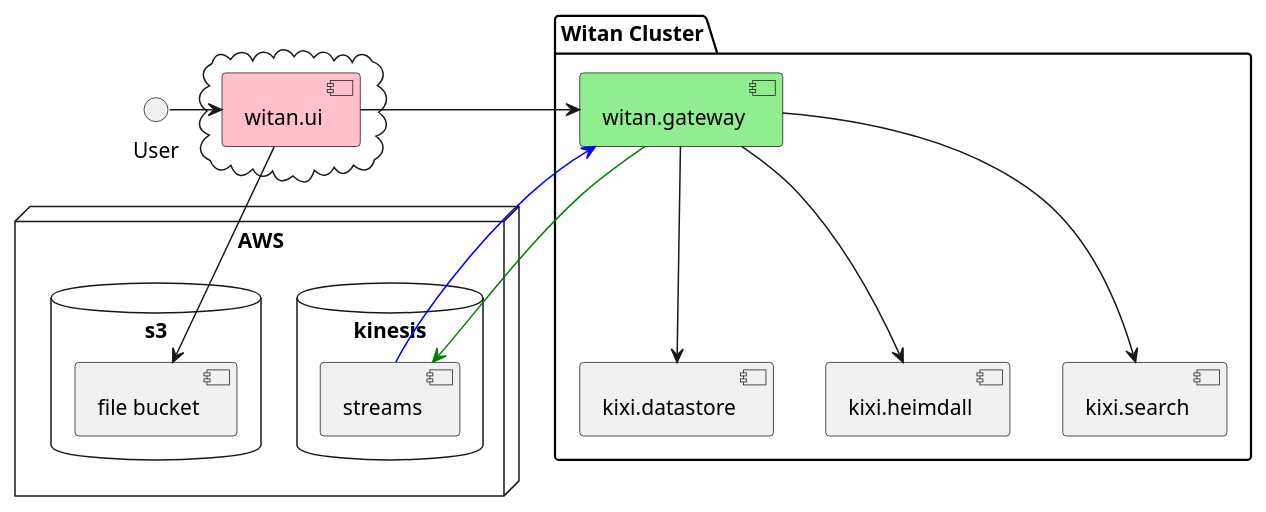
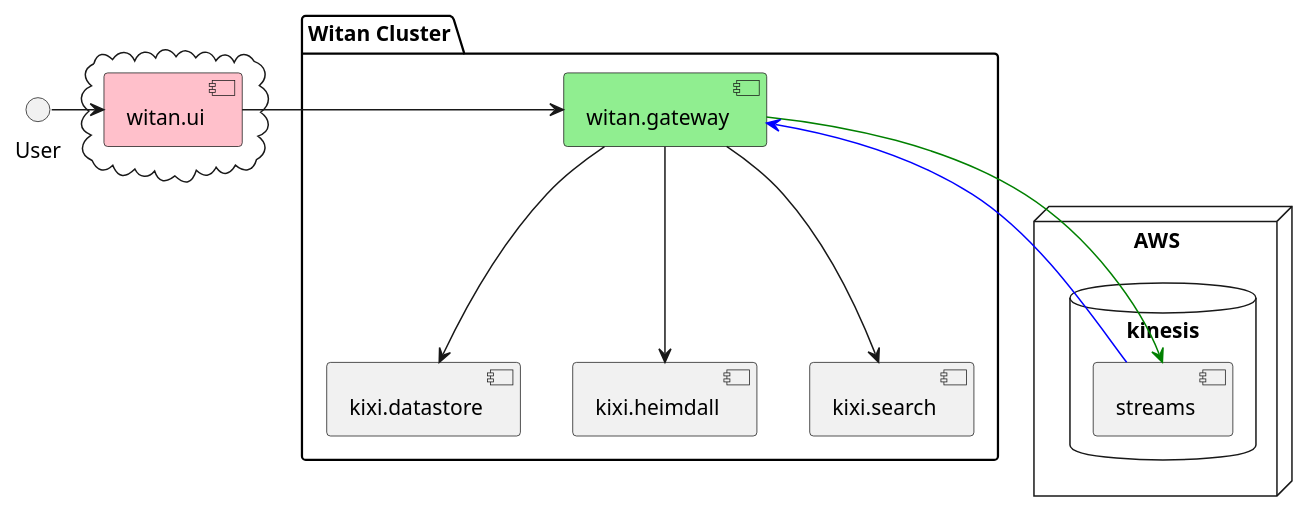
The first of 2 diagrams in ABOUT.org (MastodonC/witan.gateway), drawn with PlantUML before and after one commit. The commit also changed 1 other file, not shown here.

Commit message:
Remove s3 from system image

```diff
--- a/ABOUT.org
+++ b/ABOUT.org
@@ -35,33 +35,27 @@
 #+BEGIN_SRC plantuml :file docs/components.png :results silent
 package "Witan Cluster" {
   [kixi.datastore]
   [kixi.heimdall]
   [kixi.search]
   [witan.gateway] #LightGreen
 }
 
 cloud {
   [witan.ui] #Pink
 }
 
 node "AWS" {
 
 database "kinesis" {
   [streams]
 }
-
-database "s3" {
-  [file bucket]
-}
-
 }
 
 User -> [witan.ui]
 [witan.ui] -> [witan.gateway]
 [witan.gateway] --> [streams] #Green
 [witan.gateway] --> [kixi.datastore]
 [witan.gateway] --> [kixi.heimdall]
 [witan.gateway] --> [kixi.search]
 [streams] -> [witan.gateway] #Blue
-[witan.ui] --> [file bucket]
 #+END_SRC
```
